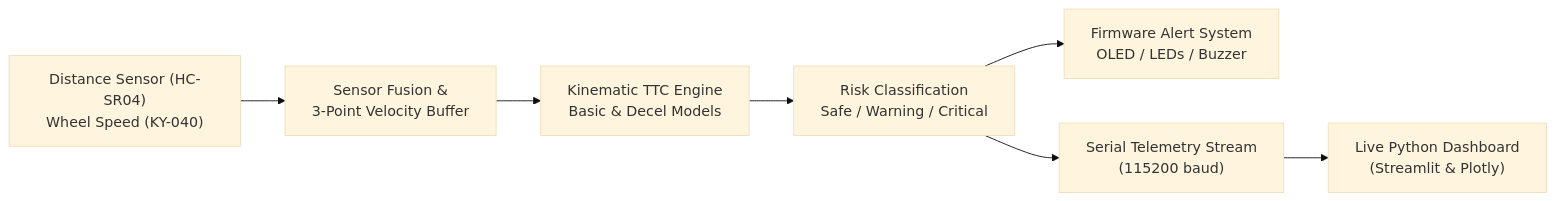
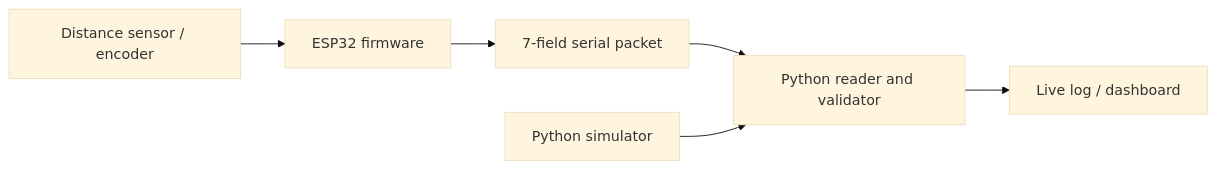
Before and after one commit to Baliji-Niroop/TTC-Collision-Risk-System: the diagram in README.md, drawn with Mermaid (base theme). The commit also changed other lines of this file and 20 other files, not shown here.

First line of the commit message:
docs: clarify project behavior and add diagrams

````diff
--- a/README.md
+++ b/README.md
@@ -34,9 +41,8 @@
 ```mermaid
 flowchart LR
-    A["Distance Sensor (HC-SR04)<br/>Wheel Speed (KY-040)"] --> B["Sensor Fusion &<br/>3-Point Velocity Buffer"]
-    B --> C["Kinematic TTC Engine<br/>Basic & Decel Models"]
-    C --> D["Risk Classification<br/>Safe / Warning / Critical"]
-    D --> E["Firmware Alert System<br/>OLED / LEDs / Buzzer"]
-    D --> F["Serial Telemetry Stream<br/>(115200 baud)"]
-    F --> G["Live Python Dashboard<br/>(Streamlit & Plotly)"]
+    S["Distance sensor / encoder"] --> E["ESP32 firmware"]
+    E --> R["7-field serial packet"]
+    R --> P["Python reader and validator"]
+    P --> D["Live log / dashboard"]
+    W["Python simulator"] --> P
 ```
````
